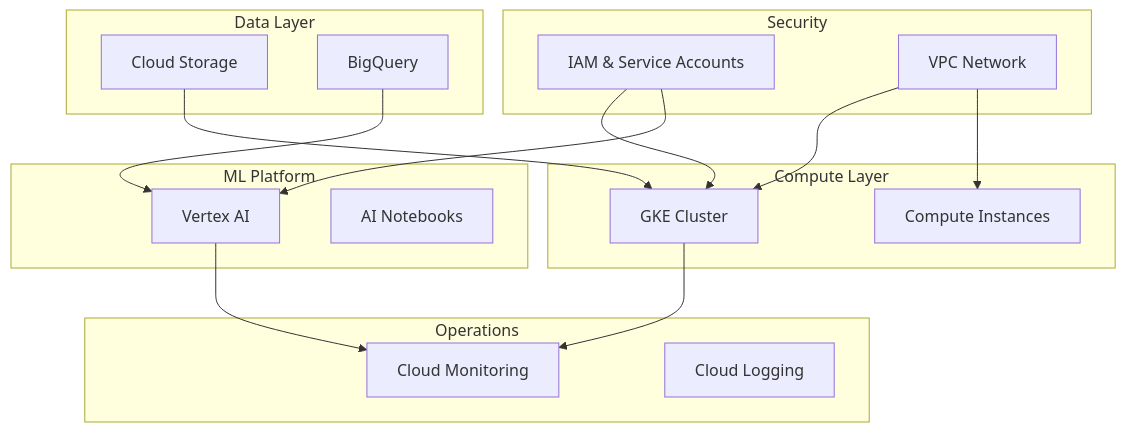
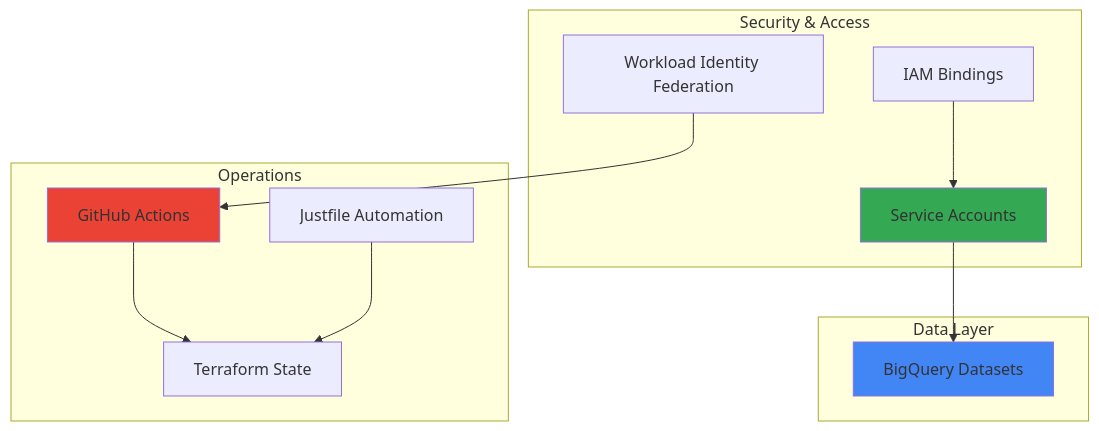
One commit to Cpicon/mlops_terraform changed the first of 2 diagrams in README.md. Above: the diagram before and after it, drawn with Mermaid. The commit also changed other lines of this file and 1 other file, not shown here.

````diff
--- a/README.md
+++ b/README.md
@@ -16,36 +16,28 @@
 ```mermaid
 graph TB
     subgraph "Data Layer"
-        GCS[Cloud Storage]
-        BQ[BigQuery]
+        BQ[BigQuery Datasets]
     end
     
-    subgraph "Compute Layer"
-        GKE[GKE Cluster]
-        VM[Compute Instances]
-    end
-    
-    subgraph "ML Platform"
-        VertexAI[Vertex AI]
-        Notebooks[AI Notebooks]
+    subgraph "Security & Access"
+        SA[Service Accounts]
+        IAM[IAM Bindings]
+        WIF[Workload Identity Federation]
     end
     
     subgraph "Operations"
-        Monitor[Cloud Monitoring]
-        Logging[Cloud Logging]
+        GHA[GitHub Actions]
+        TF[Terraform State]
+        Just[Justfile Automation]
     end
     
-    subgraph "Security"
-        IAM[IAM & Service Accounts]
-        VPC[VPC Network]
-    end
+    SA --> BQ
+    IAM --> SA
+    WIF --> GHA
+    GHA --> TF
+    Just --> TF
     
-    GCS --> GKE
-    BQ --> VertexAI
-    GKE --> Monitor
-    VertexAI --> Monitor
-    IAM --> GKE
-    IAM --> VertexAI
-    VPC --> GKE
-    VPC --> VM
+    style BQ fill:#4285f4
+    style SA fill:#34a853
+    style GHA fill:#ea4335
 ```
````
